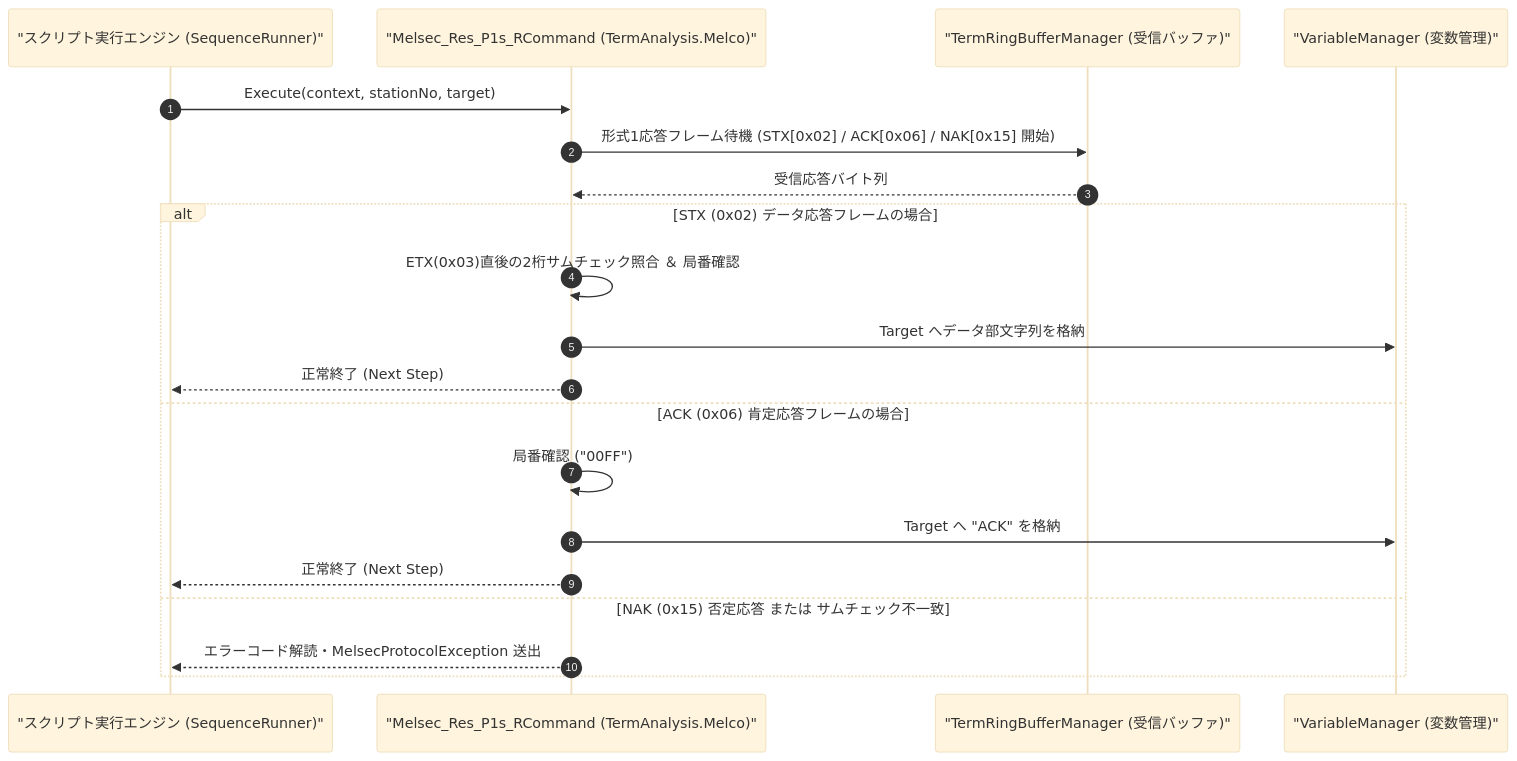
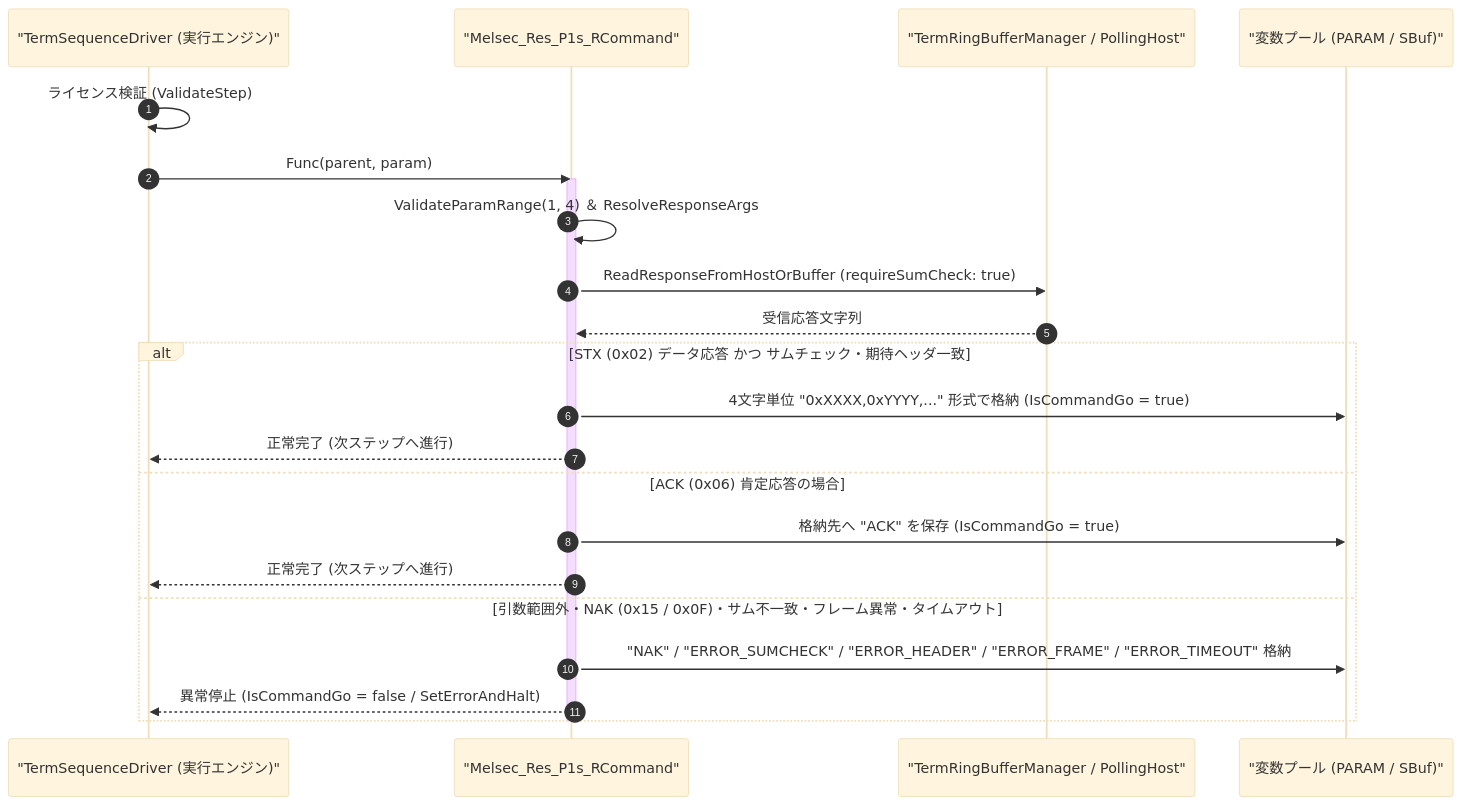
Before and after one commit to Monaca-App/TermAddIn: the diagram in Manual/Melco/Melsec_Res_P1s_R.Md, drawn with Mermaid (base theme). The commit also changed other lines of this file and 157 other files, not shown here.

````diff
--- a/Manual/Melco/Melsec_Res_P1s_R.Md
+++ b/Manual/Melco/Melsec_Res_P1s_R.Md
@@ -70,23 +76,26 @@
 ```mermaid
 sequenceDiagram
     autonumber
-    participant Script as "スクリプト実行エンジン (SequenceRunner)"
-    participant Cmd as "Melsec_Res_P1s_RCommand (TermAnalysis.Melco)"
-    participant Buf as "TermRingBufferManager (受信バッファ)"
-    participant Var as "VariableManager (変数管理)"
+    participant Driver as "TermSequenceDriver (実行エンジン)"
+    participant Cmd as "Melsec_Res_P1s_RCommand"
+    participant Buf as "TermRingBufferManager / PollingHost"
+    participant Var as "変数プール (PARAM / SBuf)"
 
-    Script->>Cmd: Execute(context, stationNo, target)
-    Cmd->>Buf: 形式1応答フレーム待機 (STX[0x02] / ACK[0x06] / NAK[0x15] 開始)
-    Buf-->>Cmd: 受信応答バイト列
-    alt STX (0x02) データ応答フレームの場合
-        Cmd->>Cmd: ETX(0x03)直後の2桁サムチェック照合 ＆ 局番確認
-        Cmd->>Var: Target へデータ部文字列を格納
-        Cmd-->>Script: 正常終了 (Next Step)
-    else ACK (0x06) 肯定応答フレームの場合
-        Cmd->>Cmd: 局番確認 ("00FF")
-        Cmd->>Var: Target へ "ACK" を格納
-        Cmd-->>Script: 正常終了 (Next Step)
-    else NAK (0x15) 否定応答 または サムチェック不一致
-        Cmd-->>Script: エラーコード解読・MelsecProtocolException 送出
+    Driver->>Driver: ライセンス検証 (ValidateStep)
+    Driver->>Cmd: Func(parent, param)
+    activate Cmd
+    Cmd->>Cmd: ValidateParamRange(1, 4) ＆ ResolveResponseArgs
+    Cmd->>Buf: ReadResponseFromHostOrBuffer (requireSumCheck: true)
+    Buf-->>Cmd: 受信応答文字列
+    alt STX (0x02) データ応答 かつ サムチェック・期待ヘッダ一致
+        Cmd->>Var: 4文字単位 "0xXXXX,0xYYYY,..." 形式で格納 (IsCommandGo = true)
+        Cmd-->>Driver: 正常完了 (次ステップへ進行)
+    else ACK (0x06) 肯定応答の場合
+        Cmd->>Var: 格納先へ "ACK" を保存 (IsCommandGo = true)
+        Cmd-->>Driver: 正常完了 (次ステップへ進行)
+    else 引数範囲外・NAK (0x15 / 0x0F)・サム不一致・フレーム異常・タイムアウト
+        Cmd->>Var: "NAK" / "ERROR_SUMCHECK" / "ERROR_HEADER" / "ERROR_FRAME" / "ERROR_TIMEOUT" 格納
+        Cmd-->>Driver: 異常停止 (IsCommandGo = false / SetErrorAndHalt)
     end
+    deactivate Cmd
 ```
````
